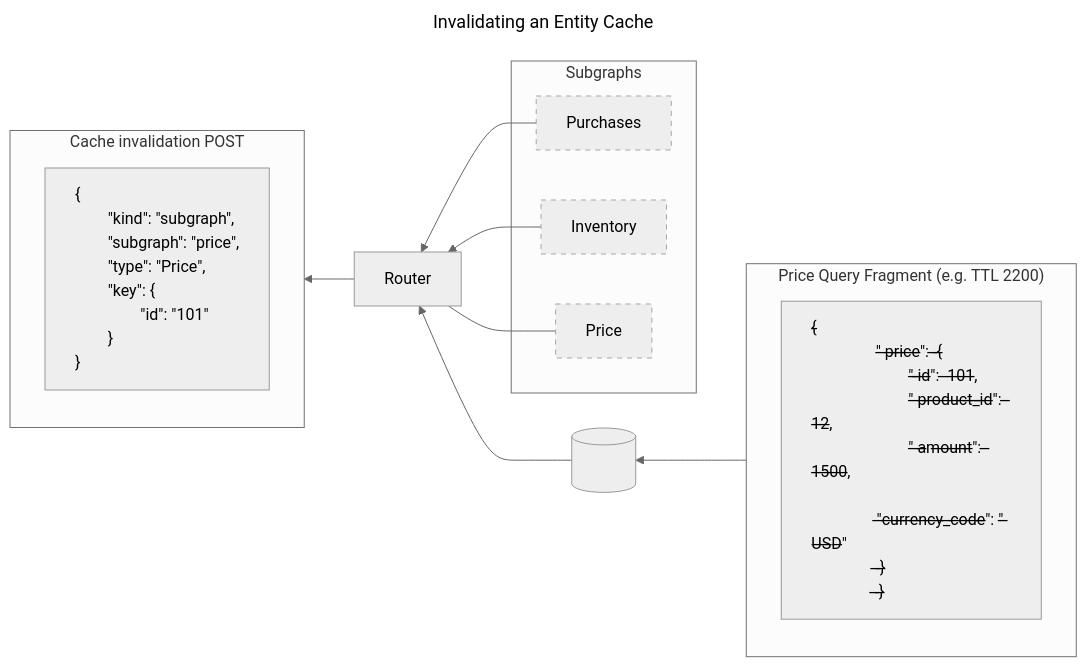
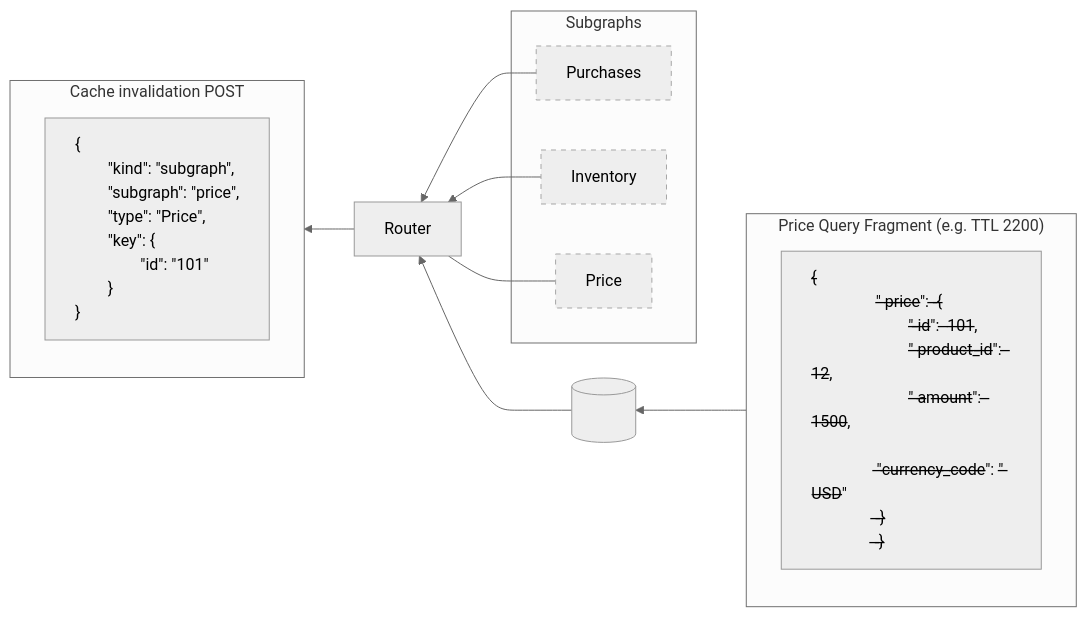
The second of 2 diagrams in docs/source/routing/performance/caching/entity.mdx (apollographql/router), drawn with Mermaid (neutral theme) before and after one commit. The commit also changed other lines of this file, not shown here.

````diff
--- a/docs/source/routing/performance/caching/entity.mdx
+++ b/docs/source/routing/performance/caching/entity.mdx
@@ -215,50 +217,47 @@
 ```mermaid
----
-title: Invalidating an Entity Cache
----
 
 flowchart RL
 	subgraph QueryResponse["Cache invalidation POST"]
 		n1["{
 			&emsp;&emsp;&quot;kind&quot;: &quot;subgraph&quot;,
 			&emsp;&emsp;&quot;subgraph&quot;: &quot;price&quot;,
 			&emsp;&emsp;&quot;type&quot;: &quot;Price&quot;,
 			&emsp;&emsp;&quot;key&quot;: {
 			&emsp;&emsp;&emsp;&emsp;&quot;id&quot;: &quot;101&quot;
 			&emsp;&emsp;}
 		}"]
     end
 
 	subgraph Subgraphs["Subgraphs"]
 		Purchases["Purchases"]
 		Inventory["Inventory"]
 		Price["Price"]
 	end
 
 	subgraph PriceQueryFragment["Price Query Fragment (e.g. TTL 2200)"]
 		n2[" ̶{̶
     	&emsp;&emsp;&quot; ̶p̶r̶i̶c̶e̶&quot;:  ̶{̶
         &emsp;&emsp;&emsp;&emsp;&quot; ̶i̶d̶&quot;:  ̶1̶0̶1̶,
         &emsp;&emsp;&emsp;&emsp;&quot; ̶p̶r̶o̶d̶u̶c̶t̶_̶i̶d̶&quot;:  ̶1̶2̶,
         &emsp;&emsp;&emsp;&emsp;&quot; ̶a̶m̶o̶u̶n̶t̶&quot;:  ̶1̶5̶0̶0̶,
         &emsp;&emsp;&emsp;&emsp;&quot;̶c̶u̶r̶r̶e̶n̶c̶y̶_̶c̶o̶d̶e̶&quot;: &quot; ̶U̶S̶D̶&quot;
     	&emsp;&emsp; ̶}̶
 		 ̶}̶"]
 	end
 
 	Router
 	Database[("&emsp;&emsp;&emsp;")]
 
     Router --> QueryResponse
 	Purchases --> Router
 	Inventory --> Router
 	Price --- Router
 	PriceQueryFragment --> Database
 	Database --> Router
 
 	style n1 text-align:left
 	style Price border:none,stroke-width:1px,stroke-dasharray:5 5,stroke:#A6A6A6
 	style Purchases border:none,stroke-width:1px,stroke-dasharray:5 5,stroke:#A6A6A6
 	style Inventory border:none,stroke-width:1px,stroke-dasharray:5 5,stroke:#A6A6A6
 	style n2 text-align:left
 ```
````
